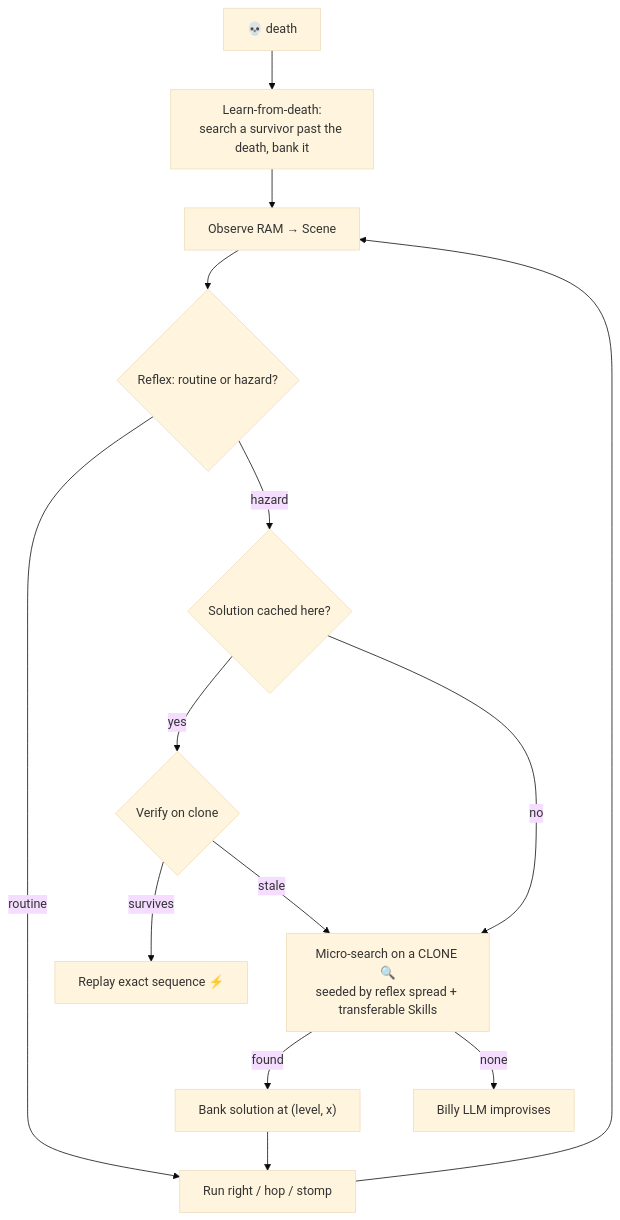
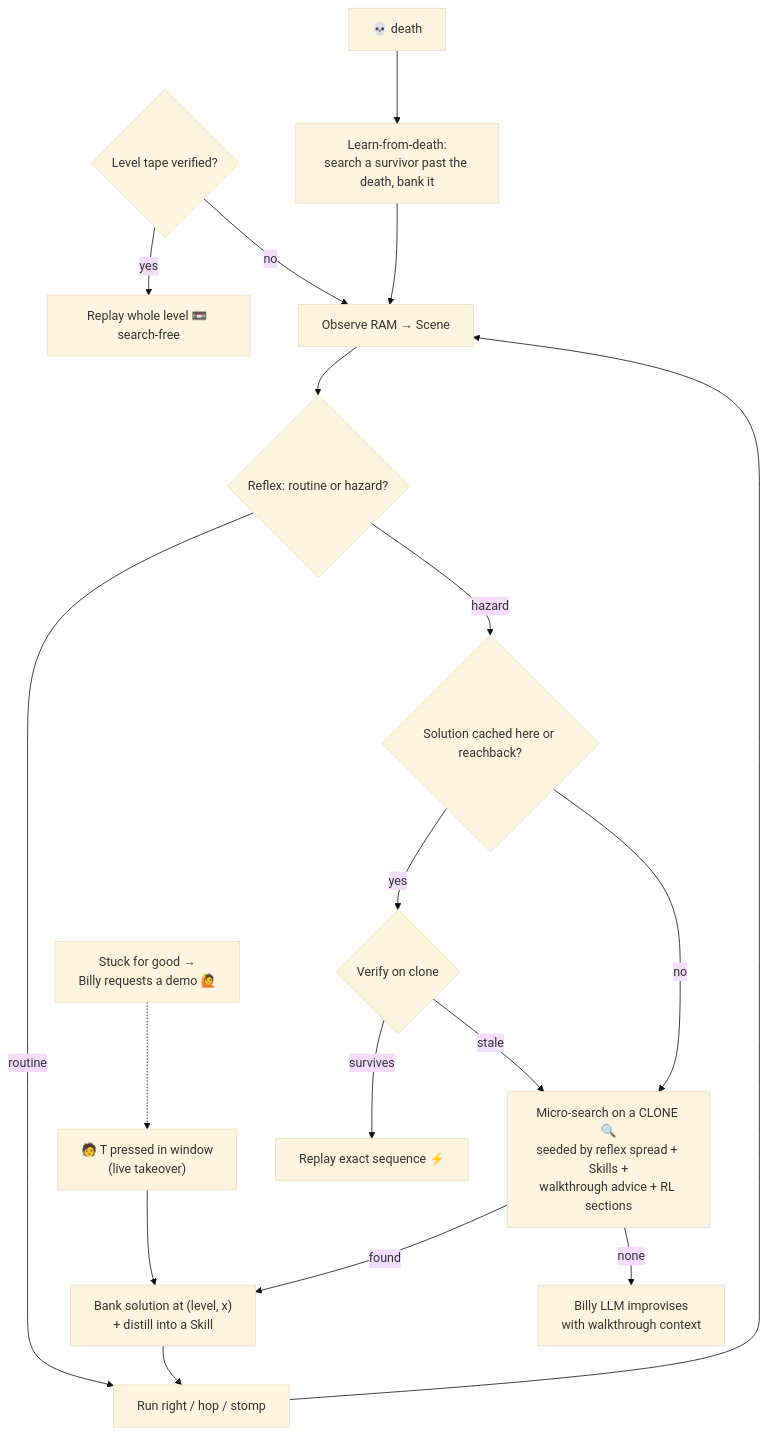
Before and after one commit to jambione/billy-mitchell: the diagram in README.md, drawn with Mermaid (base theme). The commit also changed other lines of this file and 1 other file, not shown here.

````diff
--- a/README.md
+++ b/README.md
@@ -31,14 +44,18 @@
 ```mermaid
 flowchart TD
+    tape{Level tape verified?} -- yes --> tplay[Replay whole level 📼 search-free]
+    tape -- no --> obs
     obs[Observe RAM → Scene] --> reflex{Reflex: routine or hazard?}
     reflex -- routine --> act[Run right / hop / stomp]
-    reflex -- hazard --> cache{Solution cached here?}
+    reflex -- hazard --> cache{Solution cached here or reachback?}
     cache -- yes --> verify{Verify on clone}
     verify -- survives --> replay[Replay exact sequence ⚡]
     verify -- stale --> search
-    cache -- no --> search["Micro-search on a CLONE 🔍<br/>seeded by reflex spread + transferable Skills"]
-    search -- found --> bank["Bank solution at (level, x)"] --> act
-    search -- none --> llm[Billy LLM improvises]
+    cache -- no --> search["Micro-search on a CLONE 🔍<br/>seeded by reflex spread + Skills +<br/>walkthrough advice + RL sections"]
+    search -- found --> bank["Bank solution at (level, x)<br/>+ distill into a Skill"] --> act
+    search -- none --> llm[Billy LLM improvises<br/>with walkthrough context]
     act --> obs
     death[💀 death] --> lfd["Learn-from-death:<br/>search a survivor past the death, bank it"] --> obs
+    human["🧑 T pressed in window<br/>(live takeover)"] --> bank
+    stuck["Stuck for good →<br/>Billy requests a demo 🙋"] -.-> human
 ```
````
